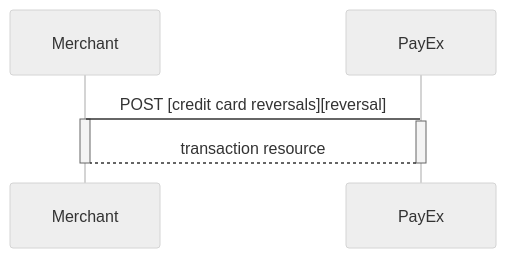
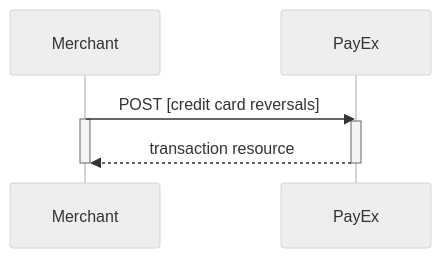
One commit to SwedbankPay/developer.swedbankpay.com changed the tenth of 10 diagrams in payments/credit-card/after-payment.md. Above: the diagram before and after it, drawn with Mermaid (neutral theme). The commit also changed other lines of this file, not shown here.

Commit message:
DX-266 removed link from diagram and added double arrowhead to diagrams

````diff
--- a/payments/credit-card/after-payment.md
+++ b/payments/credit-card/after-payment.md
@@ -714,9 +714,9 @@
 ```mermaid
 sequenceDiagram
-  Merchant->PayEx: POST [credit card reversals][reversal]
+  Merchant->>PayEx: POST [credit card reversals]
   Activate Merchant
   Activate PayEx
-  PayEx-->Merchant: transaction resource
+  PayEx-->>Merchant: transaction resource
   Deactivate PayEx
   Deactivate Merchant
 ```
````
